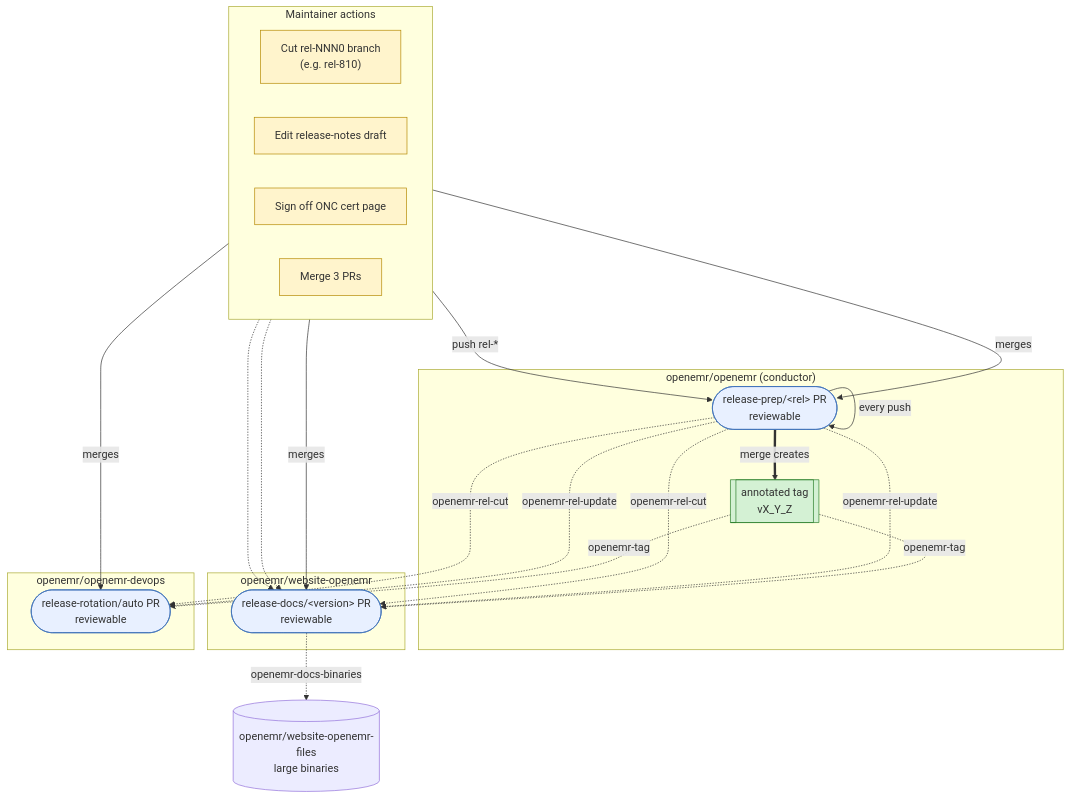
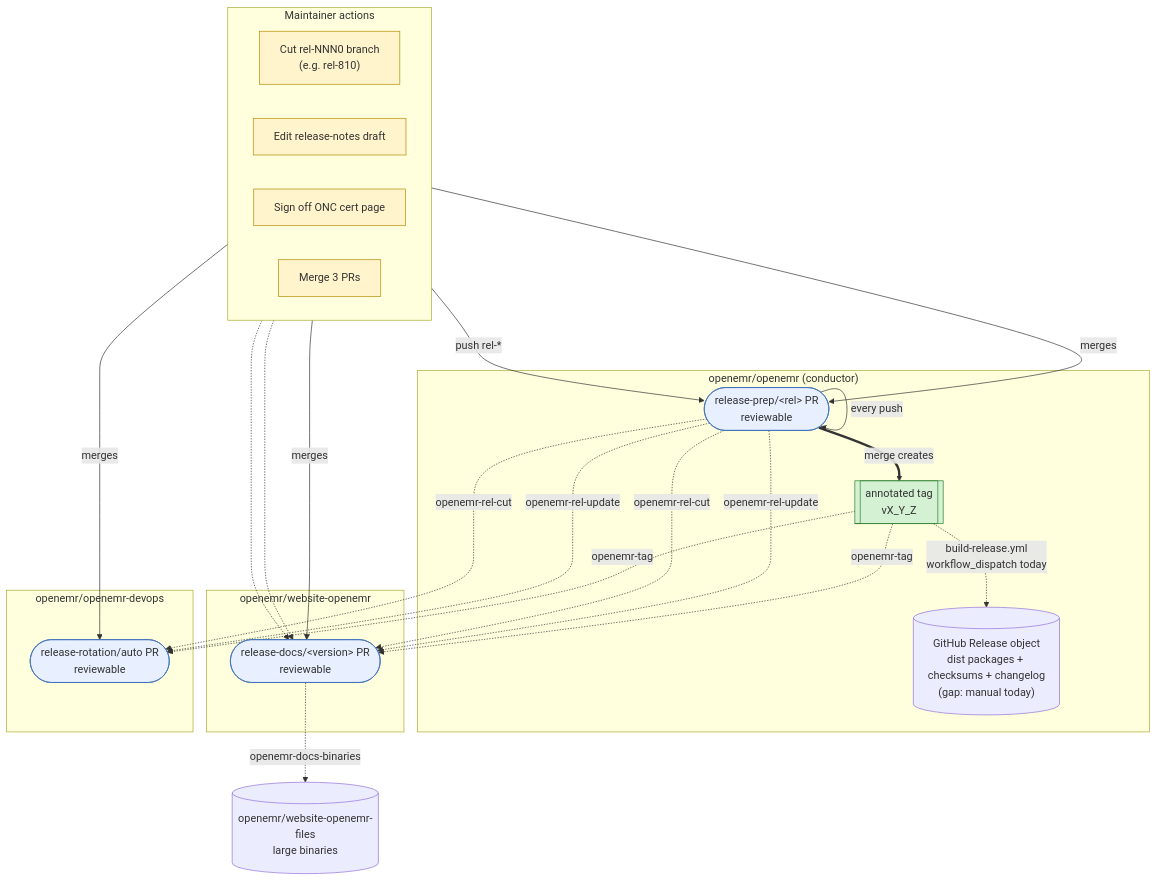
One commit to openemr/openemr changed the diagram in docs/RELEASE_PROCESS.md. Above: the diagram before and after it, drawn with Mermaid. The commit also changed other lines of this file and 1 other file, not shown here.

First line of the commit message:
docs(release): flag GitHub Release-object creation as an automation gap

````diff
--- a/docs/RELEASE_PROCESS.md
+++ b/docs/RELEASE_PROCESS.md
@@ -20,50 +20,52 @@
 ```mermaid
 flowchart TB
     subgraph manual["Maintainer actions"]
         direction LR
         cut["Cut rel-NNN0 branch<br/>(e.g. rel-810)"]
         edit["Edit release-notes draft"]
         sign["Sign off ONC cert page"]
         merge["Merge 3 PRs"]
     end
 
     subgraph oe["openemr/openemr (conductor)"]
         prepPR(["release-prep/&lt;rel&gt; PR<br/>reviewable"])
         tag[["annotated tag<br/>vX_Y_Z"]]
+        rel[("GitHub Release object<br/>dist packages + checksums + changelog<br/>(gap: manual today)")]
     end
 
     subgraph wo["openemr/website-openemr"]
         docsPR(["release-docs/&lt;version&gt; PR<br/>reviewable"])
     end
 
     wof[("openemr/website-openemr-files<br/>large binaries")]
 
     subgraph od["openemr/openemr-devops"]
         infraPR(["release-rotation/auto PR<br/>reviewable"])
     end
 
     cut -->|push rel-*| prepPR
     prepPR -->|every push| prepPR
     edit -.-> docsPR
     sign -.-> docsPR
     merge -->|merges| prepPR
     merge -->|merges| docsPR
     merge -->|merges| infraPR
 
     prepPR ==>|merge creates| tag
+    tag -.->|build-release.yml<br/>workflow_dispatch today| rel
 
     prepPR -. openemr-rel-cut .-> docsPR
     prepPR -. openemr-rel-update .-> docsPR
     prepPR -. openemr-rel-cut .-> infraPR
     prepPR -. openemr-rel-update .-> infraPR
     tag -. openemr-tag .-> docsPR
     tag -. openemr-tag .-> infraPR
     docsPR -. openemr-docs-binaries .-> wof
 
     classDef manualStep fill:#fff4cc,stroke:#b58900
     classDef autoArtifact fill:#e8f0ff,stroke:#3b6fb8
     classDef autoTag fill:#d4f1d4,stroke:#2a7f2a
     class cut,edit,sign,merge manualStep
     class prepPR,docsPR,infraPR autoArtifact
     class tag autoTag
 ```
````
